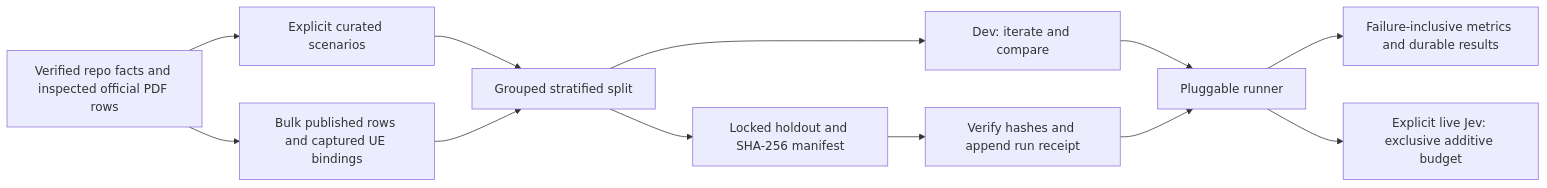
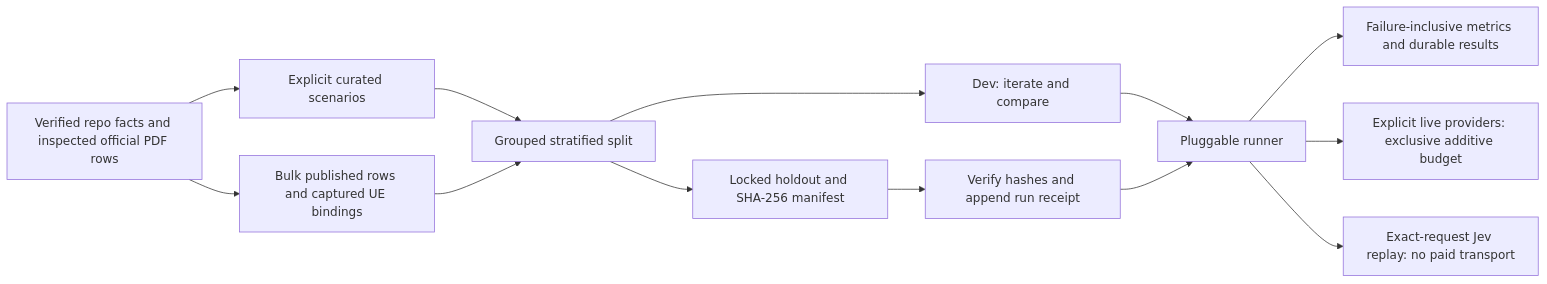
Before and after one commit to dgmolla/fitsy: the diagram in docs/engineering/pipeline/eval-suite.md, drawn with Mermaid. The commit also changed other lines of this file and 9 other files, not shown here.

````diff
--- a/docs/engineering/pipeline/eval-suite.md
+++ b/docs/engineering/pipeline/eval-suite.md
@@ -9,14 +9,15 @@
 ```mermaid
 flowchart LR
   A[Verified repo facts and inspected official PDF rows] --> B[Explicit curated scenarios]
   A --> C[Bulk published rows and captured UE bindings]
   B --> S[Grouped stratified split]
   C --> S
   S --> D[Dev: iterate and compare]
   S --> H[Locked holdout and SHA-256 manifest]
   D --> R[Pluggable runner]
   H --> V[Verify hashes and append run receipt]
   V --> R
   R --> M[Failure-inclusive metrics and durable results]
-  R --> J[Explicit live Jev: exclusive additive budget]
+  R --> J[Explicit live providers: exclusive additive budget]
+  R --> CACHED[Exact-request Jev replay: no paid transport]
 ```
````
